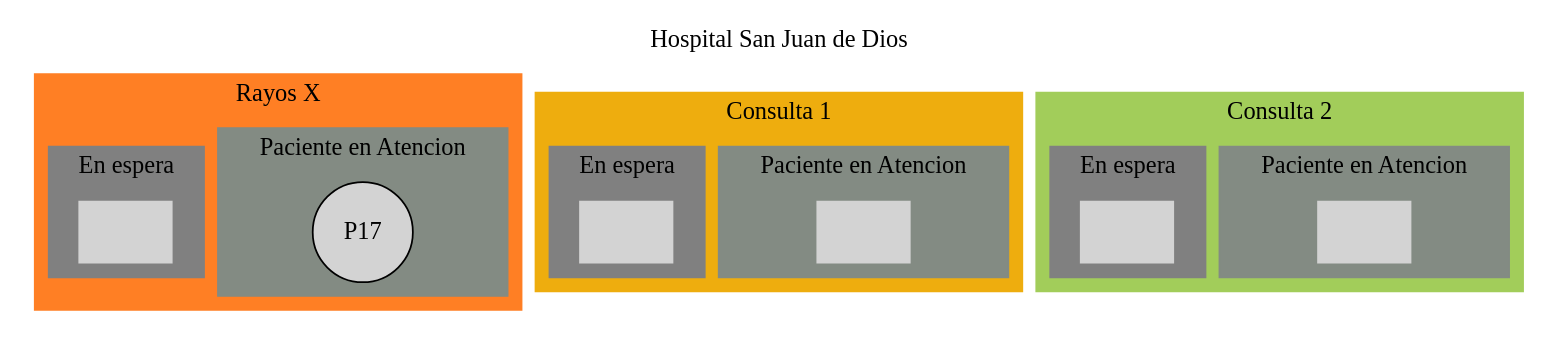
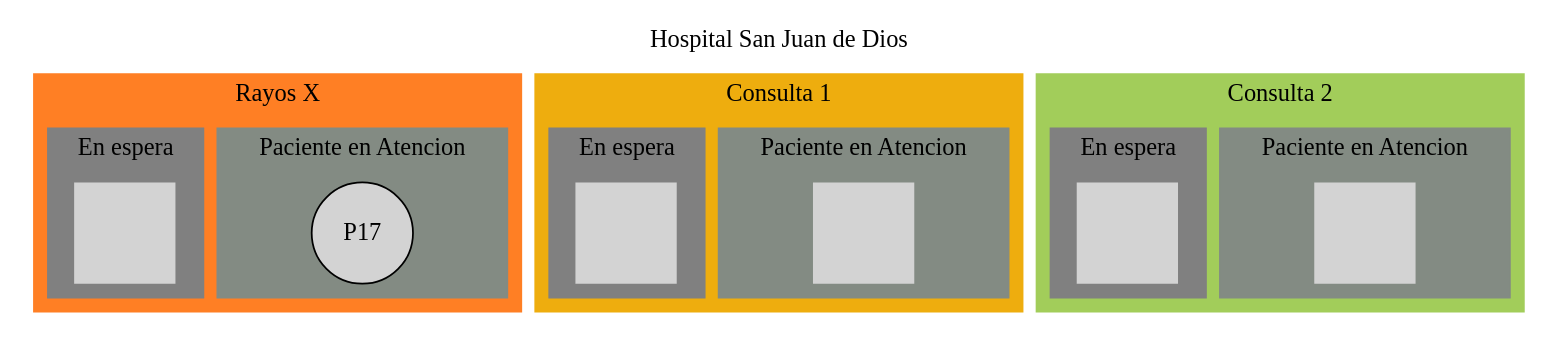
One commit to DiegoPabloPA/ECYS_Conferencia_09_18_2022 changed the diagram in dotFiles/generate.dot. Above: the diagram before and after it, drawn with Graphviz. The commit also changed 24 other files, not shown here.

```diff
--- a/dotFiles/generate.dot
+++ b/dotFiles/generate.dot
@@ -1,76 +1,81 @@
 
-        graph  grafi{
-            rankdir=TB;
-            labelloc="t";
-            label="Hospital San Juan de Dios";
+            graph  grafi{
+                rankdir=TB;
+                labelloc="t";
+                label="Hospital San Juan de Dios";
+                node[shape="circle"
+                fixedsize=true
+                width=0.8
+                height=0.8
+                ];
         
 
-        subgraph cluster_1 {
-            node [style=filled shape="circle"];
-            style="filled";
-            color="chocolate1";
-            label="Rayos X";
+            subgraph cluster_1 {
+                node [style=filled shape="circle"];
+                style="filled";
+                color="chocolate1";
+                label="Rayos X";
         
-        subgraph cluster_2 {
-            node [style=filled shape="circle"];
-            style="filled";
-            color="honeydew4";
-            label="Paciente en Atencion";
+            subgraph cluster_2 {
+                node [style=filled shape="circle"];
+                style="filled";
+                color="honeydew4";
+                label="Paciente en Atencion";
         P17;
 }
 
-        subgraph cluster_3 {
-            node [style=filled shape="circle"];
-            style="filled";
-            color="gray";
-            label="En espera";
+            subgraph cluster_3 {
+                node [style=filled shape="circle"];
+                style="filled";
+                color="gray";
+                label="En espera";
         inv4[label="" shape="plaintext"];
 }
 }
 
-        subgraph cluster_5 {
-            node [style=filled shape="circle"];
-            style="filled";
-            color="darkgoldenrod2";
-            label="Consulta 1";
+            subgraph cluster_5 {
+                node [style=filled shape="circle"];
+                style="filled";
+                color="darkgoldenrod2";
+                label="Consulta 1";
         
-        subgraph cluster_6 {
-            node [style=filled shape="circle"];
-            style="filled";
-            color="honeydew4";
-            label="Paciente en Atencion";
+            subgraph cluster_6 {
+                node [style=filled shape="circle"];
+                style="filled";
+                color="honeydew4";
+                label="Paciente en Atencion";
         inv7[label="" shape="plaintext"];
 }
 
-        subgraph cluster_8 {
-            node [style=filled shape="circle"];
-            style="filled";
-            color="gray";
-            label="En espera";
+            subgraph cluster_8 {
+                node [style=filled shape="circle"];
+                style="filled";
+                color="gray";
+                label="En espera";
         inv9[label="" shape="plaintext"];
 }
 }
 
-        subgraph cluster_10 {
-            node [style=filled shape="circle"];
-            style="filled";
-            color="darkolivegreen3";
-            label="Consulta 2";
+            subgraph cluster_10 {
+                node [style=filled shape="circle"];
+                style="filled";
+                color="darkolivegreen3";
+                label="Consulta 2";
         
-        subgraph cluster_11 {
-            node [style=filled shape="circle"];
-            style="filled";
-            color="honeydew4";
-            label="Paciente en Atencion";
+            subgraph cluster_11 {
+                node [style=filled shape="circle"];
+                style="filled";
+                color="honeydew4";
+                label="Paciente en Atencion";
         inv12[label="" shape="plaintext"];
 }
 
-        subgraph cluster_13 {
-            node [style=filled shape="circle"];
-            style="filled";
-            color="gray";
-            label="En espera";
+            subgraph cluster_13 {
+                node [style=filled shape="circle"];
+                style="filled";
+                color="gray";
+                label="En espera";
         inv14[label="" shape="plaintext"];
 }
 }
 }
```
